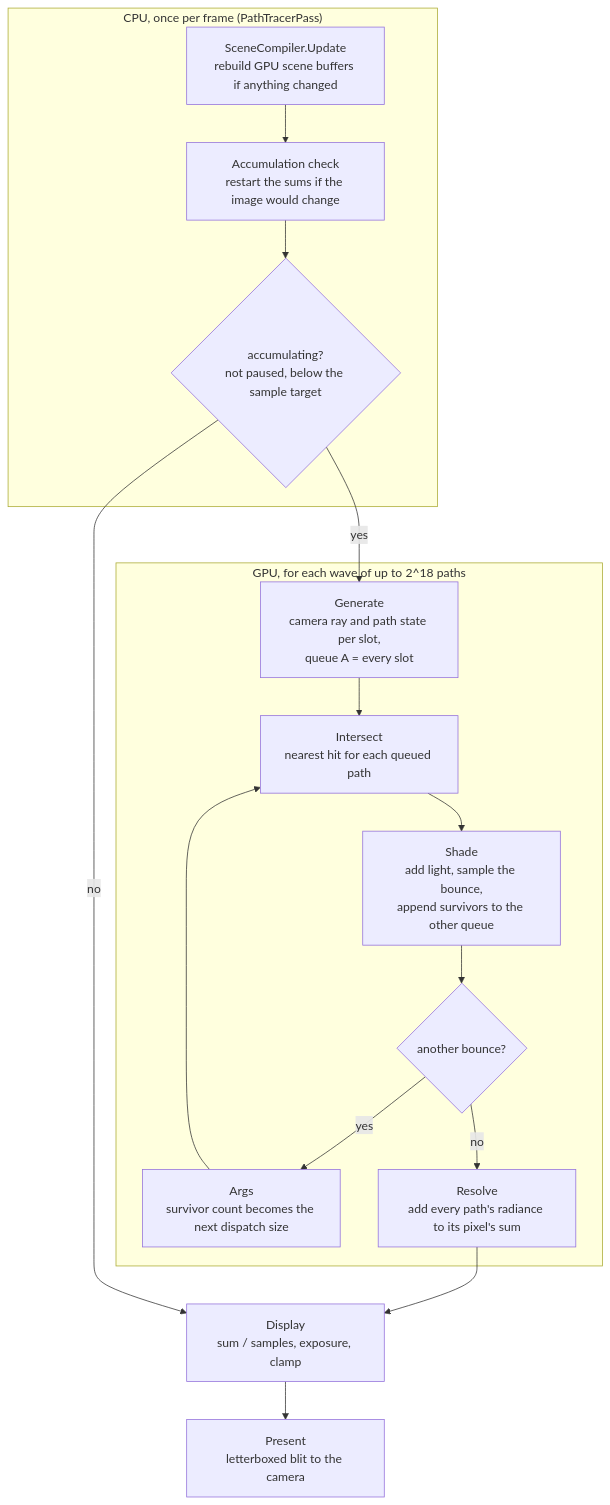
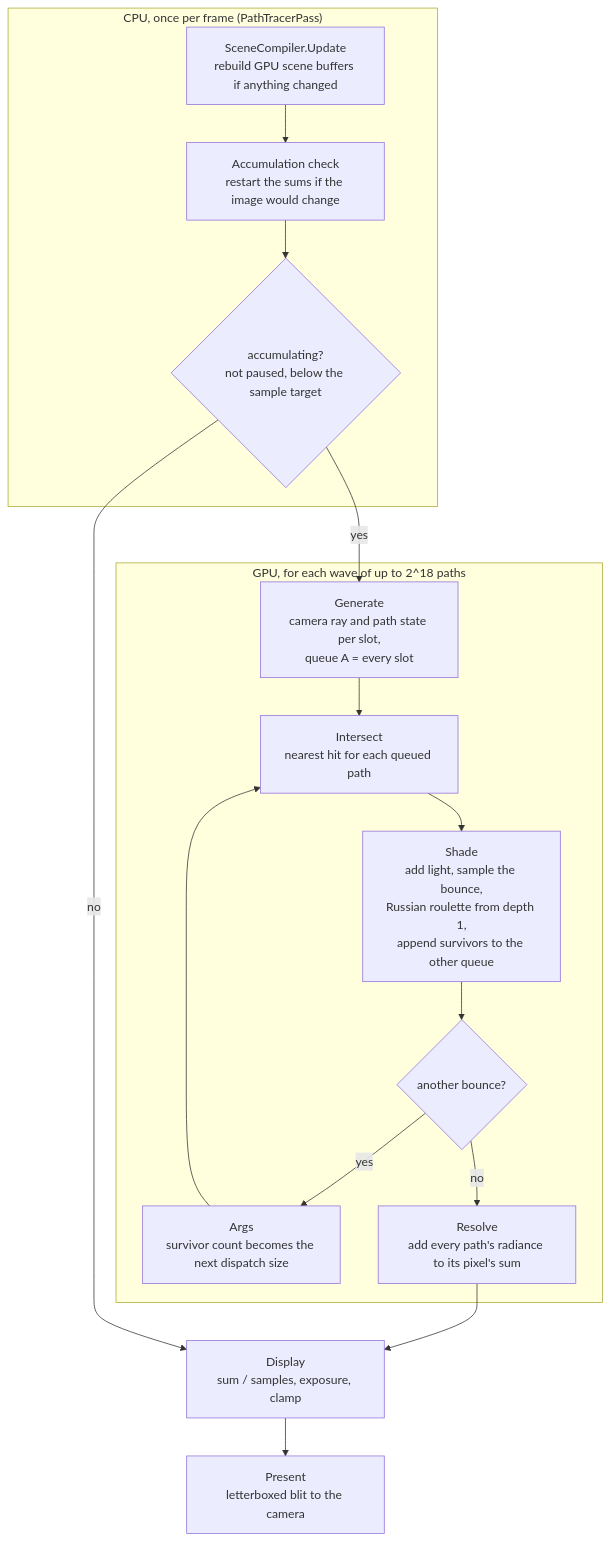
One commit to Privnoval016/SpectralPathTracer changed the diagram in Assets/SpectralPathTracer/Runtime/Rendering/README.md. Above: the diagram before and after it, drawn with Mermaid. The commit also changed other lines of this file and 10 other files, not shown here.

First line of the commit message:
feat(integrator): add Russian roulette with a 16-bounce cap

````diff
--- a/Assets/SpectralPathTracer/Runtime/Rendering/README.md
+++ b/Assets/SpectralPathTracer/Runtime/Rendering/README.md
@@ -6,26 +6,26 @@
 ```mermaid
 flowchart TD
     subgraph CPU["CPU, once per frame (PathTracerPass)"]
         scene["SceneCompiler.Update<br/>rebuild GPU scene buffers if anything changed"]
         reset["Accumulation check<br/>restart the sums if the image would change"]
         decide{"accumulating?<br/>not paused, below the sample target"}
         scene --> reset --> decide
     end
 
     subgraph WAVE["GPU, for each wave of up to 2^18 paths"]
         gen["Generate<br/>camera ray and path state per slot,<br/>queue A = every slot"]
         isect["Intersect<br/>nearest hit for each queued path"]
-        shade["Shade<br/>add light, sample the bounce,<br/>append survivors to the other queue"]
+        shade["Shade<br/>add light, sample the bounce,<br/>Russian roulette from depth 1,<br/>append survivors to the other queue"]
         more{"another bounce?"}
         args["Args<br/>survivor count becomes the next dispatch size"]
         resolve["Resolve<br/>add every path's radiance to its pixel's sum"]
         gen --> isect --> shade --> more
         more -- yes --> args --> isect
         more -- no --> resolve
     end
 
     decide -- yes --> gen
     resolve --> display
     decide -- no --> display
     display["Display<br/>sum / samples, exposure, clamp"] --> present["Present<br/>letterboxed blit to the camera"]
 ```
````
